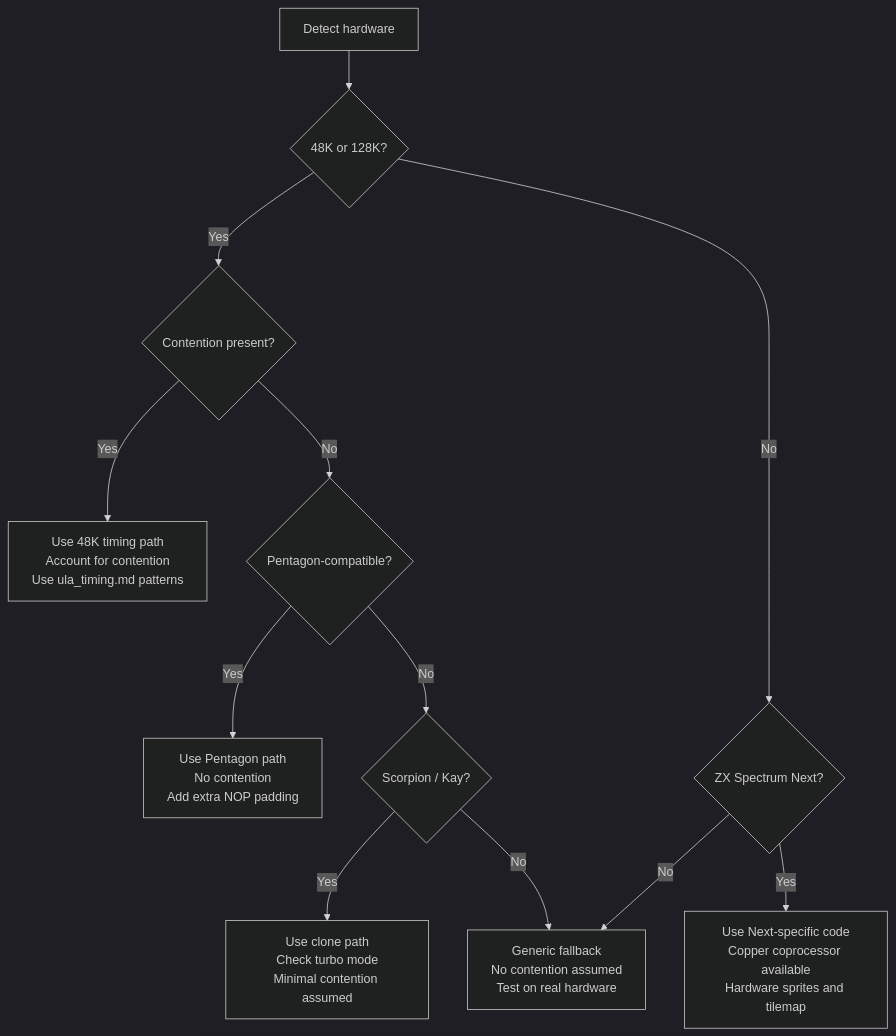
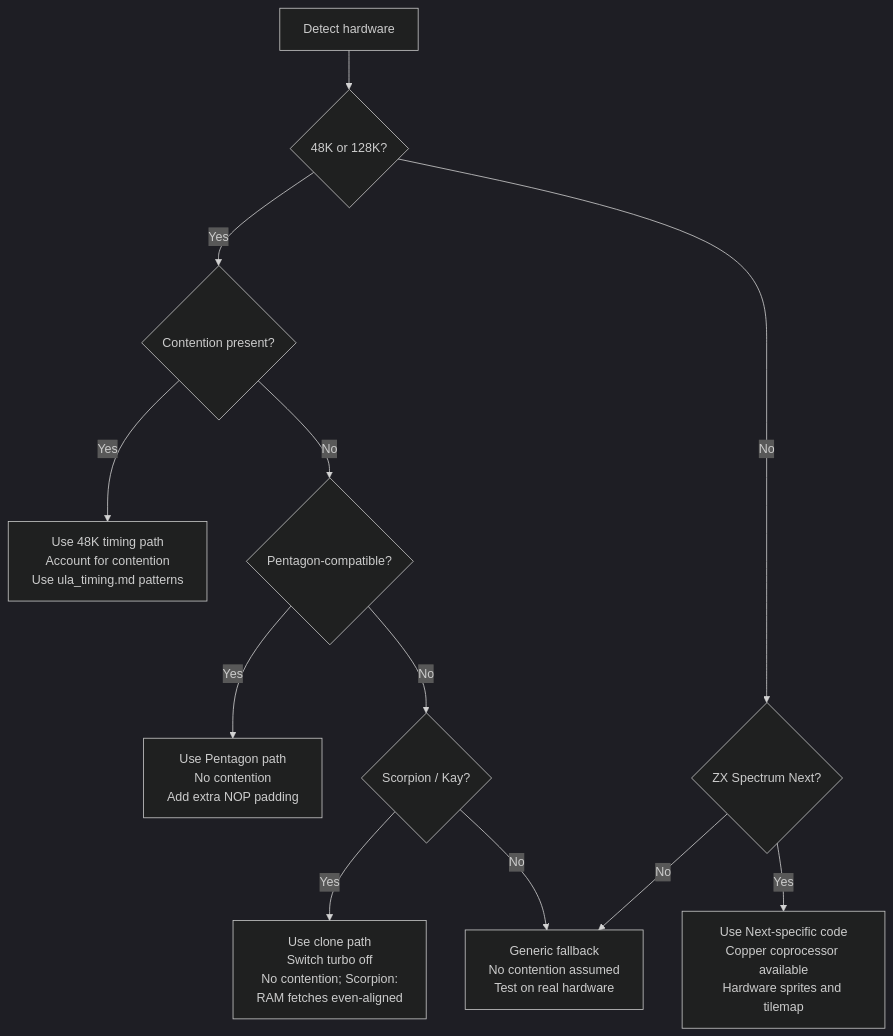
Before and after one commit to alfishe/speccy-bootcamp: the third of 3 diagrams in 02_hardware/clones/clone_timing.md, drawn with Mermaid (dark theme). The commit also changed other lines of this file and 12 other files, not shown here.

First line of the commit message:
docs(zx): Z80 bus timing, shared-DRAM contention model and Scorpion Even M1

````diff
--- a/02_hardware/clones/clone_timing.md
+++ b/02_hardware/clones/clone_timing.md
@@ -444,14 +449,14 @@
 ```mermaid
 graph TD
     DETECT[Detect hardware] --> Q48{48K or 128K?}
     Q48 -->|Yes| QCONT{Contention present?}
     QCONT -->|Yes| PATH48[Use 48K timing path<br/>Account for contention<br/>Use ula_timing.md patterns]
     QCONT -->|No| QPENT{Pentagon-compatible?}
     QPENT -->|Yes| PATHPENT[Use Pentagon path<br/>No contention<br/>Add extra NOP padding]
     QPENT -->|No| QSCORP{Scorpion / Kay?}
-    QSCORP -->|Yes| PATHSCORP[Use clone path<br/>Check turbo mode<br/>Minimal contention assumed]
+    QSCORP -->|Yes| PATHSCORP[Use clone path<br/>Switch turbo off<br/>No contention; Scorpion:<br/>RAM fetches even-aligned]
     QSCORP -->|No| PATHGEN[Generic fallback<br/>No contention assumed<br/>Test on real hardware]
     Q48 -->|No| QNEXT{ZX Spectrum Next?}
     QNEXT -->|Yes| PATHNEXT[Use Next-specific code<br/>Copper coprocessor available<br/>Hardware sprites and tilemap]
     QNEXT -->|No| PATHGEN
 ```
````
